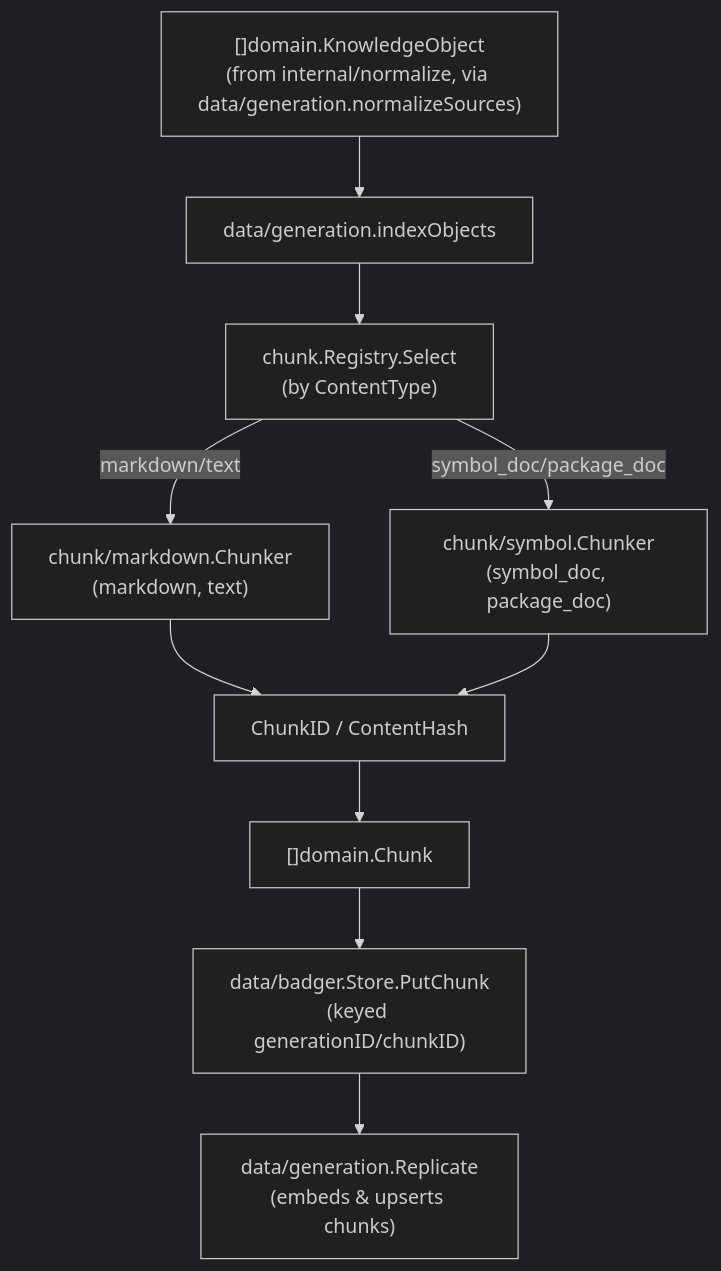
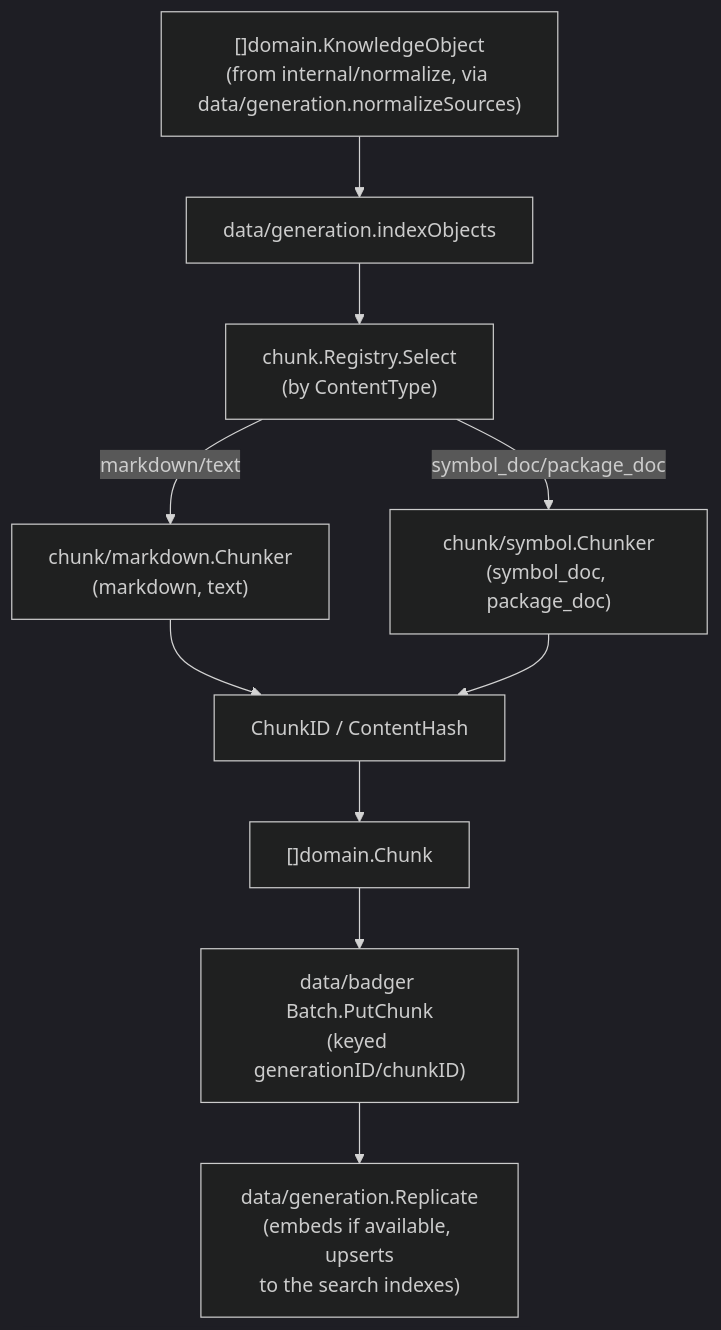
One commit to aleutian-ai/depctl changed the diagram in docs/internal/data-chunk.md. Above: the diagram before and after it, drawn with Mermaid (dark theme). The commit also changed other lines of this file and 114 other files, not shown here.

Commit message:
v0.3.1: per-generation layout shrinks keyword.db ~4x and vectors.db ~2.5x (auto-converted); scope latest/all-retained search to the active build; docs pass at package, project and repo level

````diff
--- a/docs/internal/data-chunk.md
+++ b/docs/internal/data-chunk.md
@@ -31,19 +31,19 @@
 ```mermaid
 flowchart TD
     normObjects["[]domain.KnowledgeObject\n(from internal/normalize, via data/generation.normalizeSources)"]
     build["data/generation.indexObjects"]
     reg["chunk.Registry.Select\n(by ContentType)"]
     mdChunker["chunk/markdown.Chunker\n(markdown, text)"]
     symChunker["chunk/symbol.Chunker\n(symbol_doc, package_doc)"]
     ids["ChunkID / ContentHash"]
     chunks["[]domain.Chunk"]
-    badger["data/badger.Store.PutChunk\n(keyed generationID/chunkID)"]
+    badger["data/badger Batch.PutChunk\n(keyed generationID/chunkID)"]
 
     normObjects --> build --> reg
     reg -->|markdown/text| mdChunker
     reg -->|symbol_doc/package_doc| symChunker
     mdChunker --> ids
     symChunker --> ids
     ids --> chunks --> badger
-    badger --> replicate["data/generation.Replicate\n(embeds & upserts chunks)"]
+    badger --> replicate["data/generation.Replicate\n(embeds if available, upserts\nto the search indexes)"]
 ```
````
